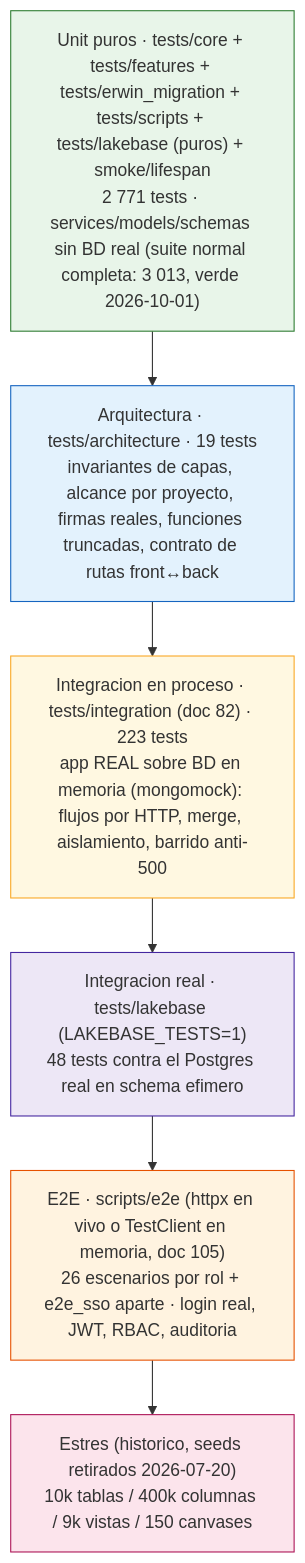
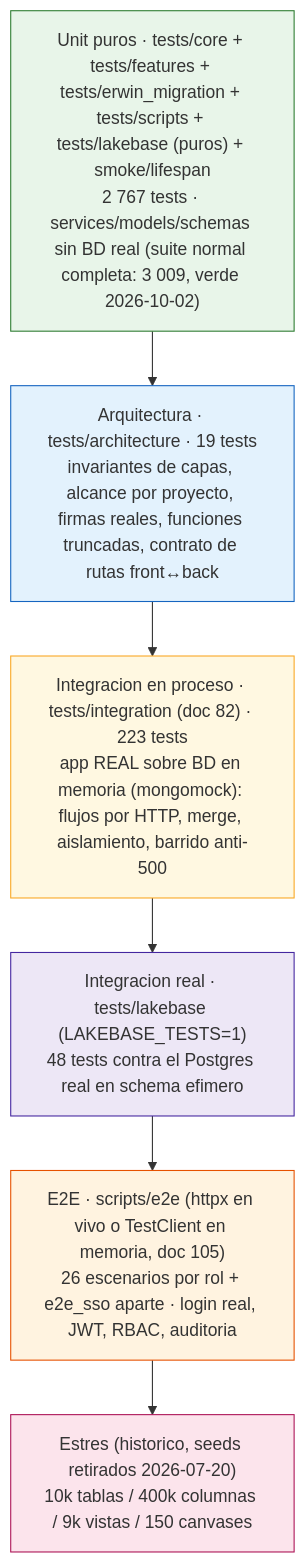
One commit to Carlosmps97/backend-data-model-hub changed the first of 6 diagrams in doc/testing.md. Above: the diagram before and after it, drawn with Mermaid. The commit also changed other lines of this file and 17 other files, not shown here.

````diff
--- a/doc/testing.md
+++ b/doc/testing.md
@@ -21,18 +21,18 @@
 ```mermaid
 flowchart TD
     A["Estres (historico, seeds retirados 2026-07-20)<br/>10k tablas / 400k columnas / 9k vistas / 150 canvases"]
     B["E2E · scripts/e2e (httpx en vivo o TestClient en memoria, doc 105)<br/>26 escenarios por rol + e2e_sso aparte · login real, JWT, RBAC, auditoria"]
     L["Integracion real · tests/lakebase (LAKEBASE_TESTS=1)<br/>48 tests contra el Postgres real en schema efimero"]
     I["Integracion en proceso · tests/integration (doc 82) · 223 tests<br/>app REAL sobre BD en memoria (mongomock): flujos por HTTP, merge, aislamiento, barrido anti-500"]
     C["Arquitectura · tests/architecture · 19 tests<br/>invariantes de capas, alcance por proyecto, firmas reales, funciones truncadas, contrato de rutas front↔back"]
-    D["Unit puros · tests/core + tests/features + tests/erwin_migration + tests/scripts + tests/lakebase (puros) + smoke/lifespan<br/>2 771 tests · services/models/schemas sin BD real (suite normal completa: 3 013, verde 2026-10-01)"]
+    D["Unit puros · tests/core + tests/features + tests/erwin_migration + tests/scripts + tests/lakebase (puros) + smoke/lifespan<br/>2 767 tests · services/models/schemas sin BD real (suite normal completa: 3 009, verde 2026-10-02)"]
 
     D --> C --> I --> L --> B --> A
 
     style D fill:#e8f5e9,stroke:#2e7d32
     style C fill:#e3f2fd,stroke:#1565c0
     style I fill:#fff8e1,stroke:#f9a825
     style L fill:#ede7f6,stroke:#4527a0
     style B fill:#fff3e0,stroke:#e65100
     style A fill:#fce4ec,stroke:#ad1457
 ```
````
